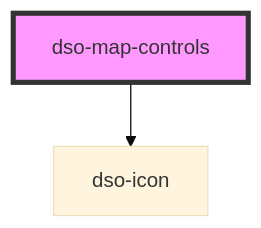
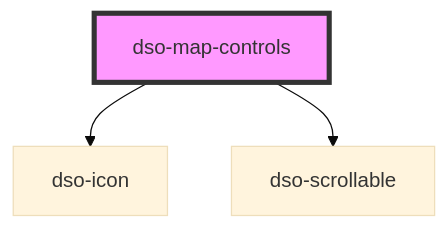
The diagram in packages/core/src/components/map-controls/readme.md (dso-toolkit/dso-toolkit), drawn with Mermaid (base theme) before and after one commit. The commit also changed other lines of this file and 33 other files, not shown here.

````diff
--- a/packages/core/src/components/map-controls/readme.md
+++ b/packages/core/src/components/map-controls/readme.md
@@ -43,5 +44,6 @@
 ```mermaid
 graph TD;
   dso-map-controls --> dso-icon
+  dso-map-controls --> dso-scrollable
   style dso-map-controls fill:#f9f,stroke:#333,stroke-width:4px
 ```
````
